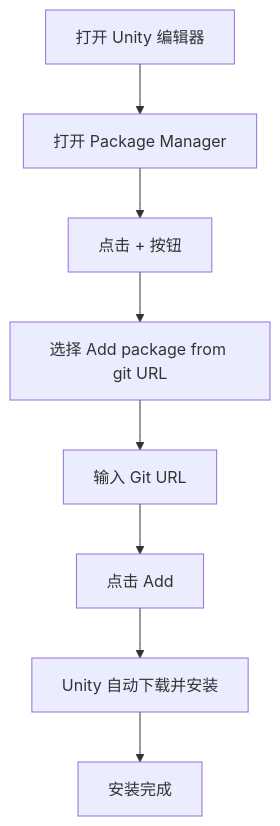
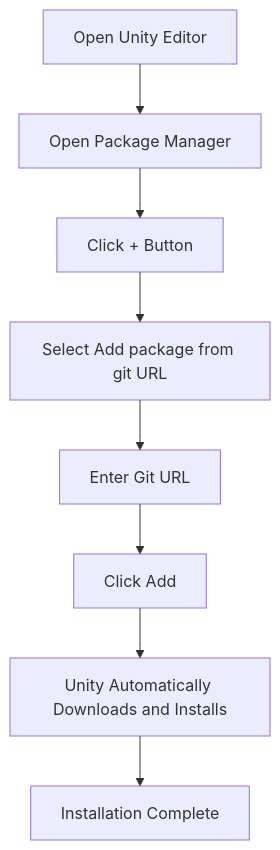
Before and after one commit to AlianBlank/GameFrameX.Docs: the diagram in docs/en/client/unity/component/config/02.installation.md, drawn with Mermaid. The commit also changed other lines of this file and 242 other files, not shown here.

````diff
--- a/docs/en/client/unity/component/config/02.installation.md
+++ b/docs/en/client/unity/component/config/02.installation.md
@@ -60,10 +60,10 @@
 ```mermaid
 flowchart TD
-    A[打开 Unity 编辑器] --> B[打开 Package Manager]
-    B --> C[点击 + 按钮]
-    C --> D[选择 Add package from git URL]
-    D --> E[输入 Git URL]
-    E --> F[点击 Add]
-    F --> G[Unity 自动下载并安装]
-    G --> H[安装完成]
+    A[Open Unity Editor] --> B[Open Package Manager]
+    B --> C[Click + Button]
+    C --> D[Select Add package from git URL]
+    D --> E[Enter Git URL]
+    E --> F[Click Add]
+    F --> G[Unity Automatically Downloads and Installs]
+    G --> H[Installation Complete]
 ```
````
